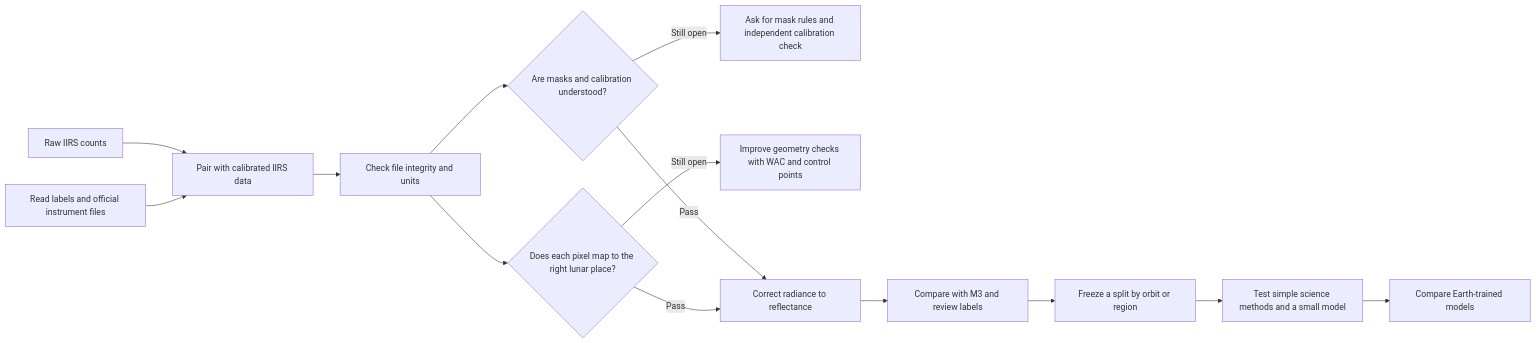
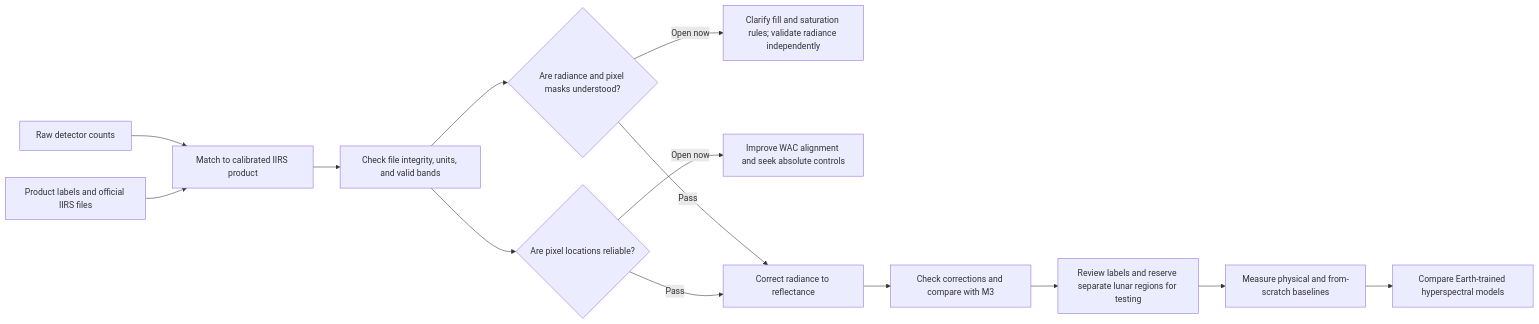
One commit to qetser/BTP changed the first of 2 diagrams in research_guide/README.md. Above: the diagram before and after it, drawn with Mermaid. The commit also changed other lines of this file and 3 other files, not shown here.

````diff
--- a/research_guide/README.md
+++ b/research_guide/README.md
@@ -31,16 +31,16 @@
 ```mermaid
 flowchart LR
-    A[Raw IIRS counts] --> B[Pair with calibrated IIRS data]
-    C[Read labels and official instrument files] --> B
-    B --> D[Check file integrity and units]
-    D --> E{Are masks and calibration understood?}
-    D --> F{Does each pixel map to the right lunar place?}
-    E -->|Still open| G[Ask for mask rules and independent calibration check]
-    F -->|Still open| H[Improve geometry checks with WAC and control points]
+    A[Raw detector counts] --> B[Match to calibrated IIRS product]
+    C[Product labels and official IIRS files] --> B
+    B --> D[Check file integrity, units, and valid bands]
+    D --> E{Are radiance and pixel masks understood?}
+    D --> F{Are pixel locations reliable?}
+    E -->|Open now| G[Clarify fill and saturation rules; validate radiance independently]
+    F -->|Open now| H[Improve WAC alignment and seek absolute controls]
     E -->|Pass| I[Correct radiance to reflectance]
     F -->|Pass| I
-    I --> J[Compare with M3 and review labels]
-    J --> K[Freeze a split by orbit or region]
-    K --> L[Test simple science methods and a small model]
-    L --> M[Compare Earth-trained models]
+    I --> J[Check corrections and compare with M3]
+    J --> K[Review labels and reserve separate lunar regions for testing]
+    K --> L[Measure physical and from-scratch baselines]
+    L --> M[Compare Earth-trained hyperspectral models]
 ```
````
